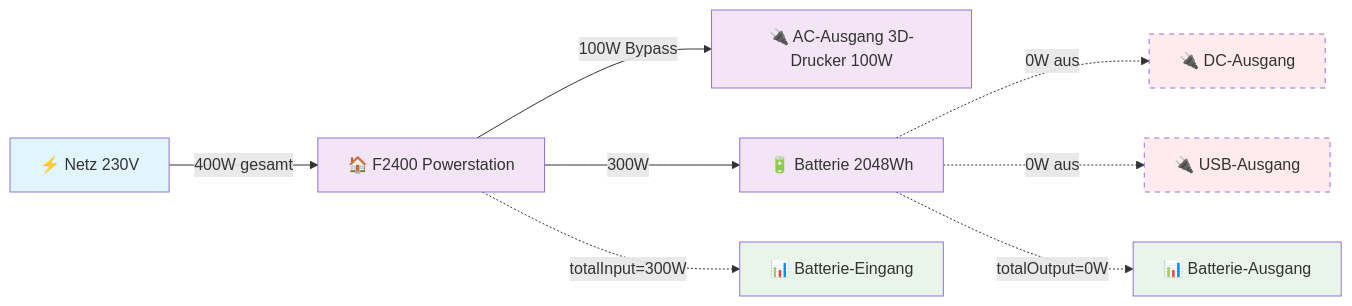
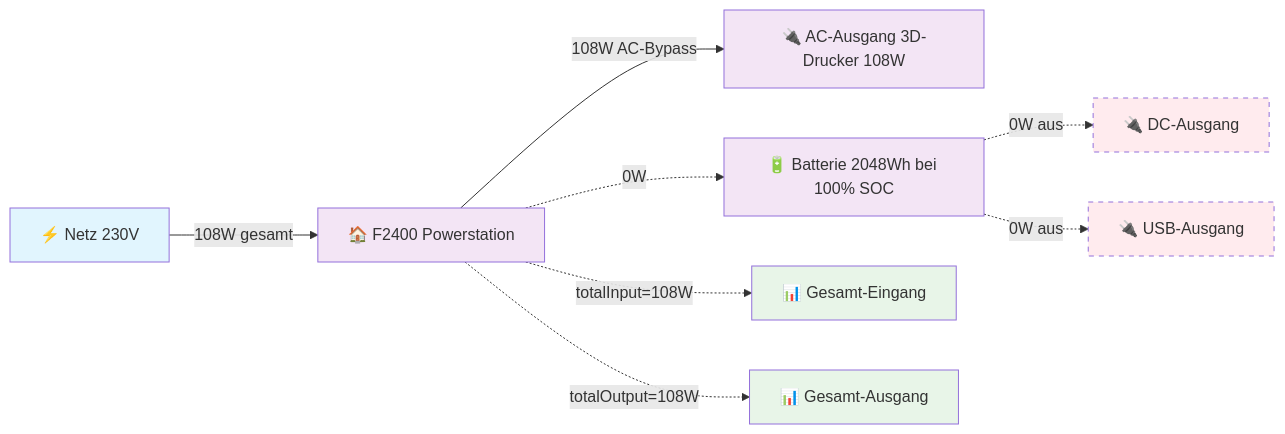
One commit to tkaufmann/fossibot-ipsymcon changed the first of 4 diagrams in README.md. Above: the diagram before and after it, drawn with Mermaid. The commit also changed other lines of this file and 1 other file, not shown here.

First line of the commit message:
Korrigiere Labels: 'Batterie' → 'Gesamt' nach API-Analyse

````diff
--- a/README.md
+++ b/README.md
@@ -148,25 +147,26 @@
 ```mermaid
 flowchart LR
-    AC[⚡ Netz 230V] -->|400W gesamt| F2400[🏠 F2400 Powerstation]
+    AC[⚡ Netz 230V] -->|108W gesamt| F2400[🏠 F2400 Powerstation]
     
-    F2400 -->|100W Bypass| ACOut[🔌 AC-Ausgang 3D-Drucker 100W]
-    F2400 -->|300W| Battery[🔋 Batterie 2048Wh]
+    F2400 -->|108W AC-Bypass| ACOut[🔌 AC-Ausgang 3D-Drucker 108W]
+    F2400 -.->|0W| Battery[🔋 Batterie 2048Wh bei 100% SOC]
     
     Battery -.->|0W aus| DCOut[🔌 DC-Ausgang]
     Battery -.->|0W aus| USBOut[🔌 USB-Ausgang]
     
-    %% MQTT Messwerte
-    F2400 -.->|totalInput=300W| MQTT1[📊 Batterie-Eingang]
-    Battery -.->|totalOutput=0W| MQTT2[📊 Batterie-Ausgang]
+    %% MQTT Messwerte (Gesamt-System)
+    F2400 -.->|totalInput=108W| MQTT1[📊 Gesamt-Eingang]
+    F2400 -.->|totalOutput=108W| MQTT2[📊 Gesamt-Ausgang]
     
     %% Styling
     classDef power fill:#e1f5fe
     classDef device fill:#f3e5f5
     classDef mqtt fill:#e8f5e8
     classDef off fill:#ffebee,stroke-dasharray: 5 5
+    classDef bypass fill:#fff9c4
     
     class AC power
-    class F2400,ACOut,DCOut,USBOut,Battery device
+    class F2400,ACOut,Battery device
+    class DCOut,USBOut off
     class MQTT1,MQTT2 mqtt
-    class DCOut,USBOut off
 ```
````
